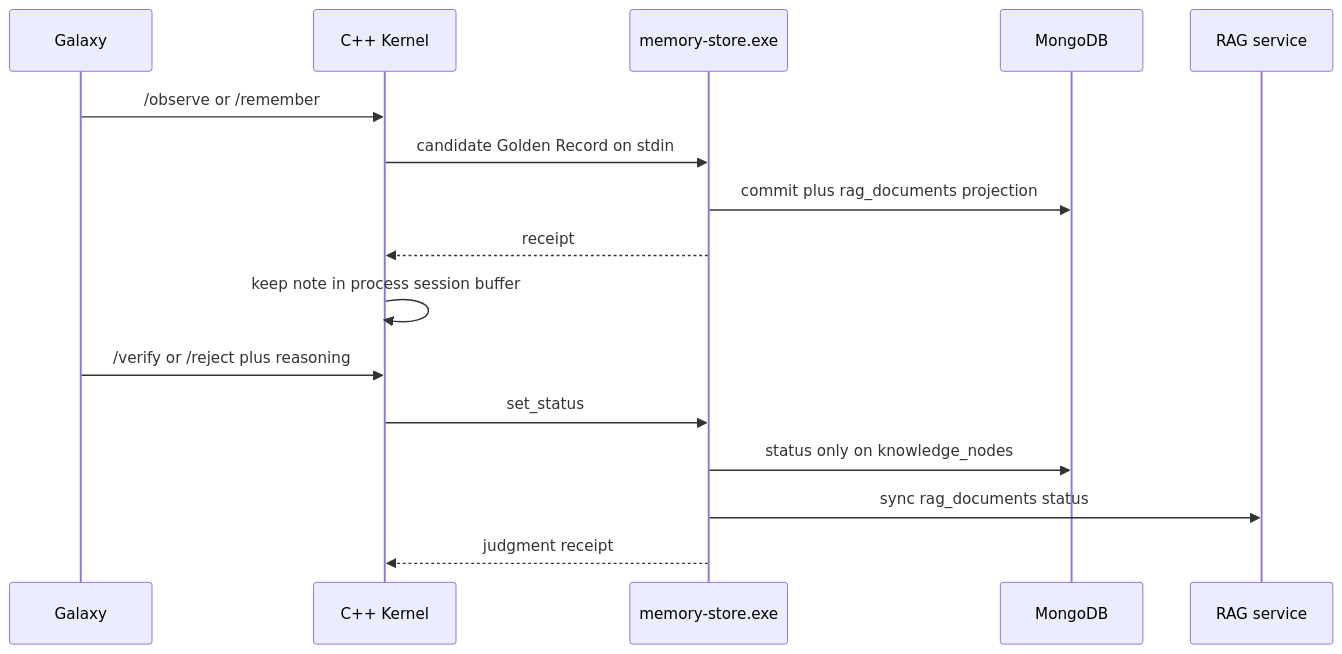
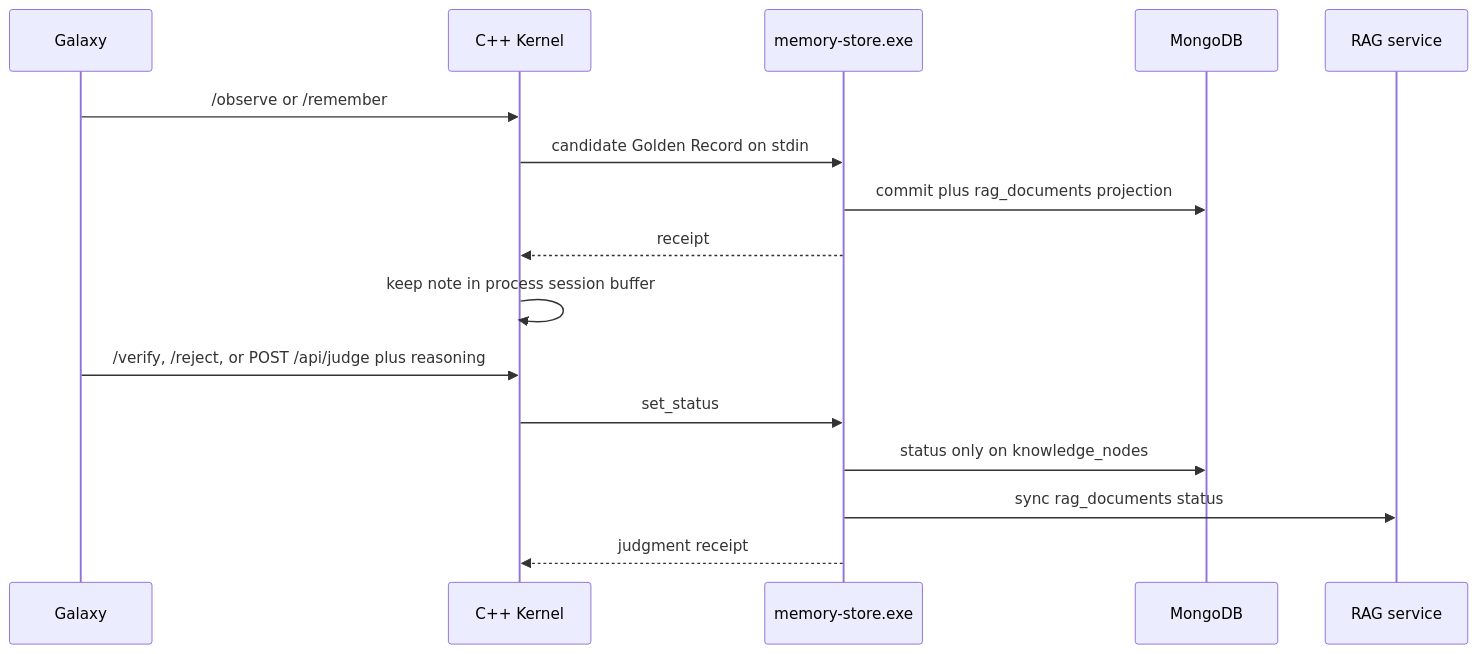
The third of 5 diagrams in ARCHITECTURE.md (usrname1git/GodBrain), drawn with Mermaid before and after one commit. The commit also changed other lines of this file and 8 other files, not shown here.

````diff
--- a/ARCHITECTURE.md
+++ b/ARCHITECTURE.md
@@ -261,19 +264,19 @@
 ```mermaid
 sequenceDiagram
     participant U as Galaxy
     participant K as C++ Kernel
     participant G as memory-store.exe
     participant M as MongoDB
     participant R as RAG service
 
     U->>K: /observe or /remember
     K->>G: candidate Golden Record on stdin
     G->>M: commit plus rag_documents projection
     G-->>K: receipt
     K->>K: keep note in process session buffer
-    U->>K: /verify or /reject plus reasoning
+    U->>K: /verify, /reject, or POST /api/judge plus reasoning
     K->>G: set_status
     G->>M: status only on knowledge_nodes
     G->>R: sync rag_documents status
     G-->>K: judgment receipt
 ```
````
